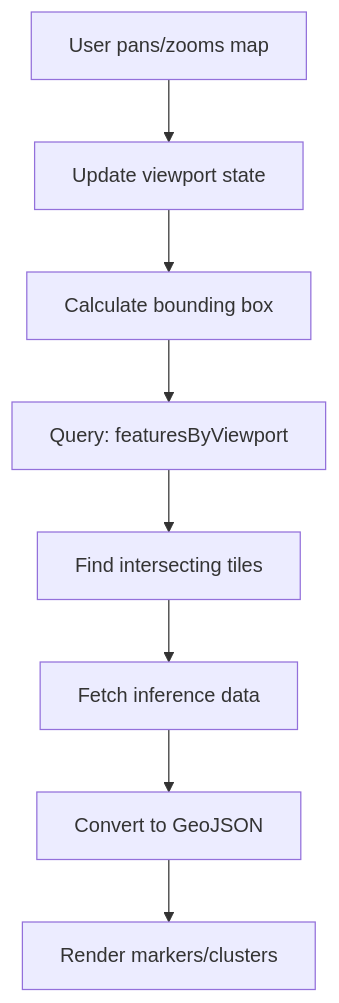
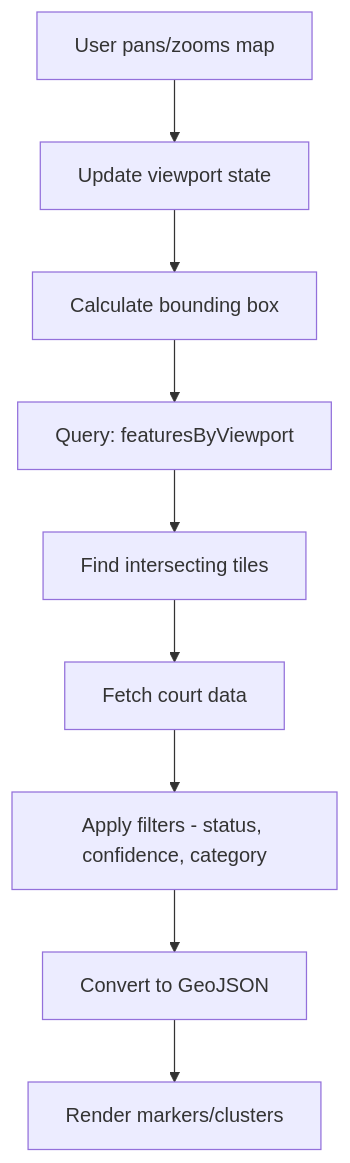
The second of 4 diagrams in docs/map-features.md (seansusmilch/court-finder), drawn with Mermaid before and after one commit. The commit also changed other lines of this file and 55 other files, not shown here.

````diff
--- a/docs/map-features.md
+++ b/docs/map-features.md
@@ -165,10 +332,11 @@
 ```mermaid
 graph TD
     A[User pans/zooms map] --> B[Update viewport state]
     B --> C[Calculate bounding box]
     C --> D[Query: featuresByViewport]
     D --> E[Find intersecting tiles]
-    E --> F[Fetch inference data]
-    F --> G[Convert to GeoJSON]
-    G --> H[Render markers/clusters]
+    E --> F[Fetch court data]
+    F --> G[Apply filters - status, confidence, category]
+    G --> H[Convert to GeoJSON]
+    H --> I[Render markers/clusters]
 ```
````
